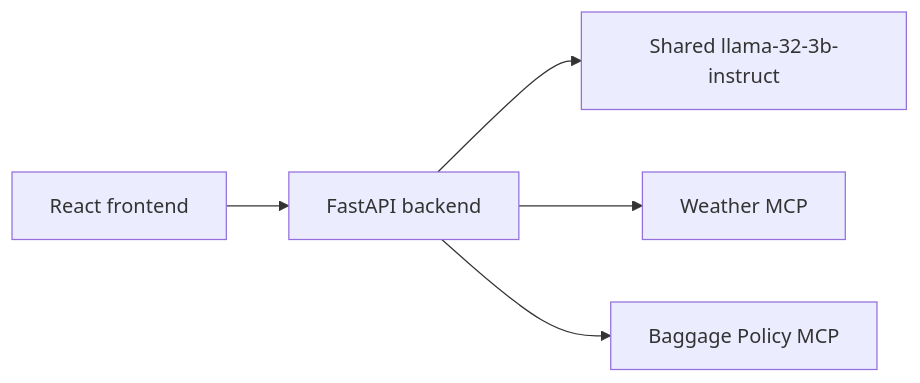
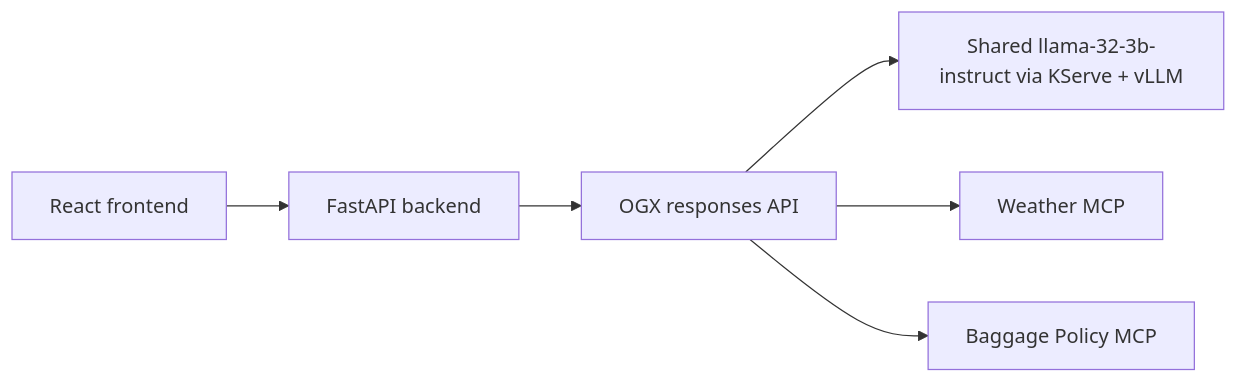
One commit to Lindagh1/packmate-rhoai-35-workshop changed the sixth of 7 diagrams in workshop/ARCHITECTURE.md. Above: the diagram before and after it, drawn with Mermaid. The commit also changed other lines of this file and 14 other files, not shown here.

````diff
--- a/workshop/ARCHITECTURE.md
+++ b/workshop/ARCHITECTURE.md
@@ -135,7 +123,8 @@
 ```mermaid
 flowchart LR
   UI[React frontend] --> API[FastAPI backend]
-  API --> SharedModel[Shared llama-32-3b-instruct]
-  API --> WeatherMCP[Weather MCP]
-  API --> BaggageMCP[Baggage Policy MCP]
+  API --> OGXAPI[OGX responses API]
+  OGXAPI --> SharedModel[Shared llama-32-3b-instruct via KServe + vLLM]
+  OGXAPI --> WeatherMCP[Weather MCP]
+  OGXAPI --> BaggageMCP[Baggage Policy MCP]
 ```
````
